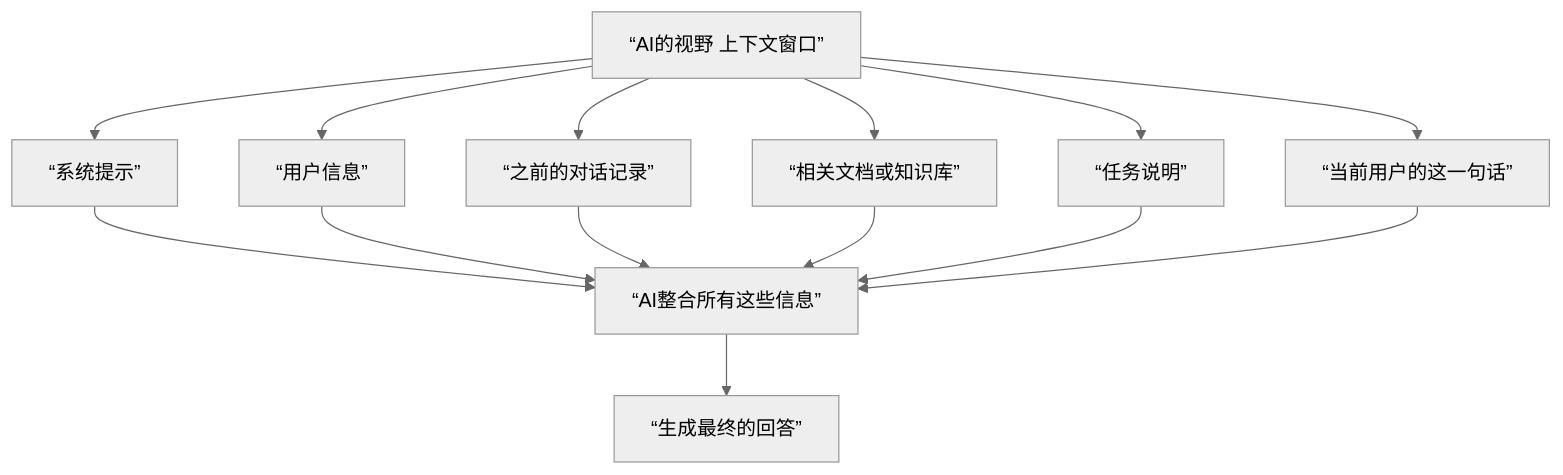
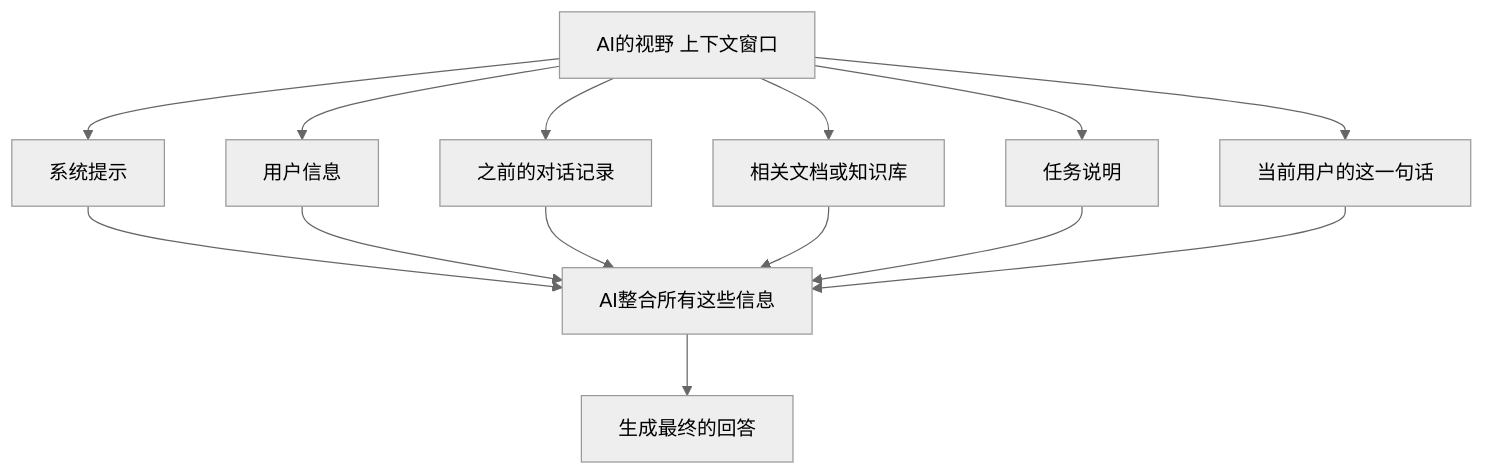
Before and after one commit to changsongyang/ai_beginner_guide: the first of 2 diagrams in 12_prompt_advanced/12.5_context_engineering.md, drawn with Mermaid (neutral theme).

Commit message:
Use straight quotes in mermaid diagram

````diff
--- a/12_prompt_advanced/12.5_context_engineering.md
+++ b/12_prompt_advanced/12.5_context_engineering.md
@@ -26,17 +26,17 @@
 ```mermaid
 graph TD
-    A[“AI的视野 上下文窗口”]
+    A["AI的视野 上下文窗口"]
 
-    B[“系统提示”]
-    C[“用户信息”]
-    D[“之前的对话记录”]
-    E[“相关文档或知识库”]
-    F[“任务说明”]
-    G[“当前用户的这一句话”]
+    B["系统提示"]
+    C["用户信息"]
+    D["之前的对话记录"]
+    E["相关文档或知识库"]
+    F["任务说明"]
+    G["当前用户的这一句话"]
 
-    H[“AI整合所有这些信息”]
-    I[“生成最终的回答”]
+    H["AI整合所有这些信息"]
+    I["生成最终的回答"]
 
     A --> B & C & D & E & F & G
     B & C & D & E & F & G --> H --> I
 ```
````
